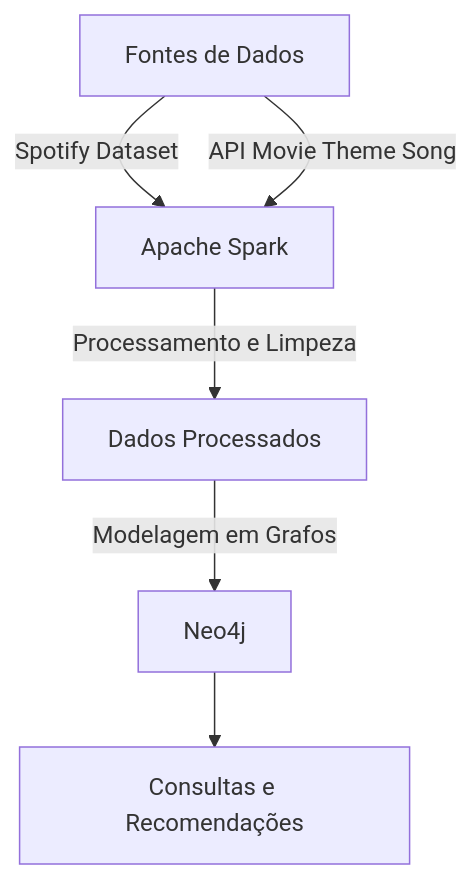
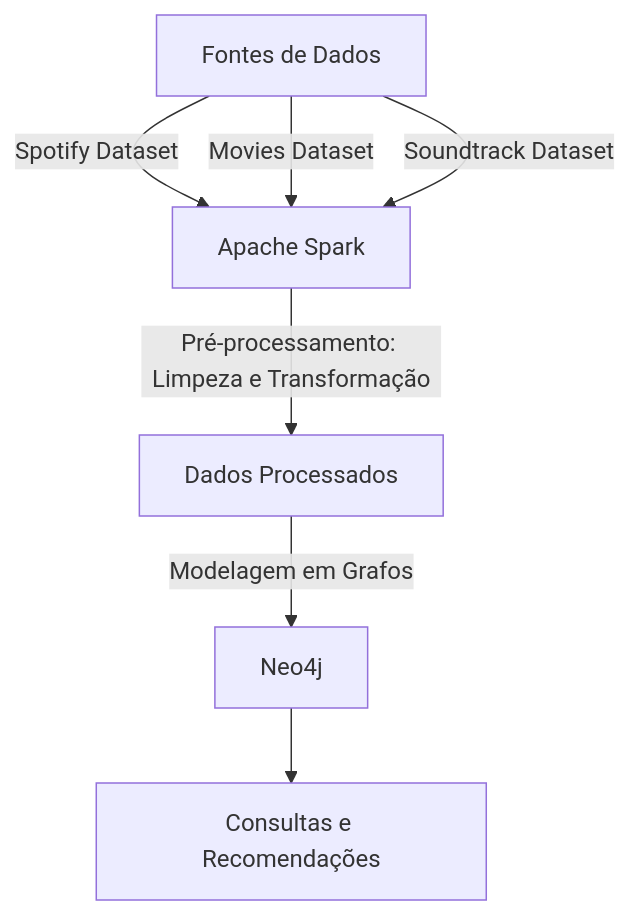
One commit to BeatrizPat/UFSCar-CC-So-PMD2025-Grupo05 changed the diagram in README.md. Above: the diagram before and after it, drawn with Mermaid. The commit also changed other lines of this file, not shown here.

````diff
--- a/README.md
+++ b/README.md
@@ -30,8 +38,9 @@
 ```mermaid
 graph TD
     A[Fontes de Dados] -->|Spotify Dataset| B[Apache Spark]
-    A -->|API Movie Theme Song| B
-    B -->|Processamento e Limpeza| C[Dados Processados]
+    A -->|Movies Dataset| B
+    A -->|Soundtrack Dataset| B
+    B -->|Pré-processamento: Limpeza e Transformação| C[Dados Processados]
     C -->|Modelagem em Grafos| D[Neo4j]
     D --> E[Consultas e Recomendações]
 ```
````
